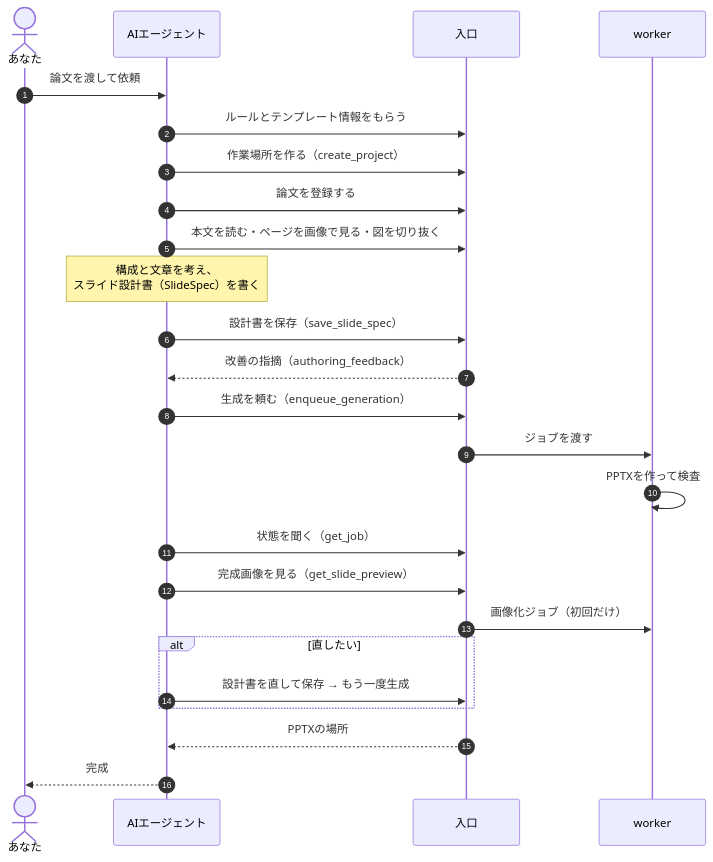
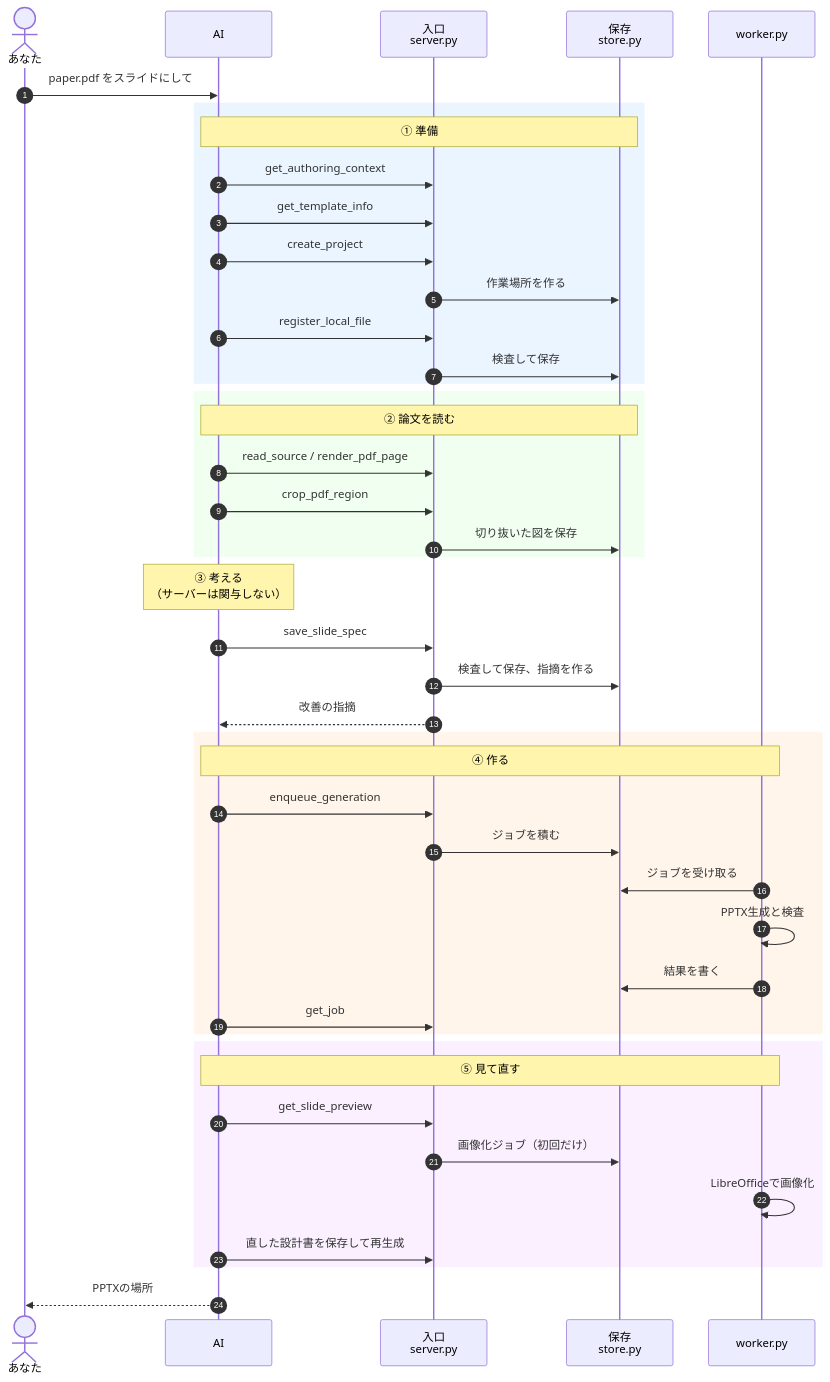
One commit to cercil0605/ResearchSlideAgent changed the first of 2 diagrams in docs/01-flow.md. Above: the diagram before and after it, drawn with Mermaid. The commit also changed other lines of this file and 7 other files, not shown here.

First line of the commit message:
docs: make 01-flow a concrete one-paper walkthrough; add naming guide

````diff
--- a/docs/01-flow.md
+++ b/docs/01-flow.md
@@ -20,28 +19,47 @@
 ```mermaid
 sequenceDiagram
     autonumber
     actor U as あなた
-    participant L as AIエージェント
-    participant M as 入口
-    participant W as worker
+    participant L as AI
+    participant M as 入口<br/>server.py
+    participant S as 保存<br/>store.py
+    participant W as worker.py
 
-    U->>L: 論文を渡して依頼
-    L->>M: ルールとテンプレート情報をもらう
-    L->>M: 作業場所を作る（create_project）
-    L->>M: 論文を登録する
-    L->>M: 本文を読む・ページを画像で見る・図を切り抜く
-    Note over L: 構成と文章を考え、<br/>スライド設計書（SlideSpec）を書く
-    L->>M: 設計書を保存（save_slide_spec）
-    M-->>L: 改善の指摘（authoring_feedback）
-    L->>M: 生成を頼む（enqueue_generation）
-    M->>W: ジョブを渡す
-    W->>W: PPTXを作って検査
-    L->>M: 状態を聞く（get_job）
-    L->>M: 完成画像を見る（get_slide_preview）
-    M->>W: 画像化ジョブ（初回だけ）
-    alt 直したい
-        L->>M: 設計書を直して保存 → もう一度生成
+    U->>L: paper.pdf をスライドにして
+    rect rgb(235, 245, 255)
+    Note over L,S: ① 準備
+    L->>M: get_authoring_context
+    L->>M: get_template_info
+    L->>M: create_project
+    M->>S: 作業場所を作る
+    L->>M: register_local_file
+    M->>S: 検査して保存
     end
-    M-->>L: PPTXの場所
-    L-->>U: 完成
+    rect rgb(240, 255, 240)
+    Note over L,S: ② 論文を読む
+    L->>M: read_source / render_pdf_page
+    L->>M: crop_pdf_region
+    M->>S: 切り抜いた図を保存
+    end
+    Note over L: ③ 考える<br/>（サーバーは関与しない）
+    L->>M: save_slide_spec
+    M->>S: 検査して保存、指摘を作る
+    M-->>L: 改善の指摘
+    rect rgb(255, 245, 235)
+    Note over L,W: ④ 作る
+    L->>M: enqueue_generation
+    M->>S: ジョブを積む
+    W->>S: ジョブを受け取る
+    W->>W: PPTX生成と検査
+    W->>S: 結果を書く
+    L->>M: get_job
+    end
+    rect rgb(250, 240, 255)
+    Note over L,W: ⑤ 見て直す
+    L->>M: get_slide_preview
+    M->>S: 画像化ジョブ（初回だけ）
+    W->>W: LibreOfficeで画像化
+    L->>M: 直した設計書を保存して再生成
+    end
+    L-->>U: PPTXの場所
 ```
````
